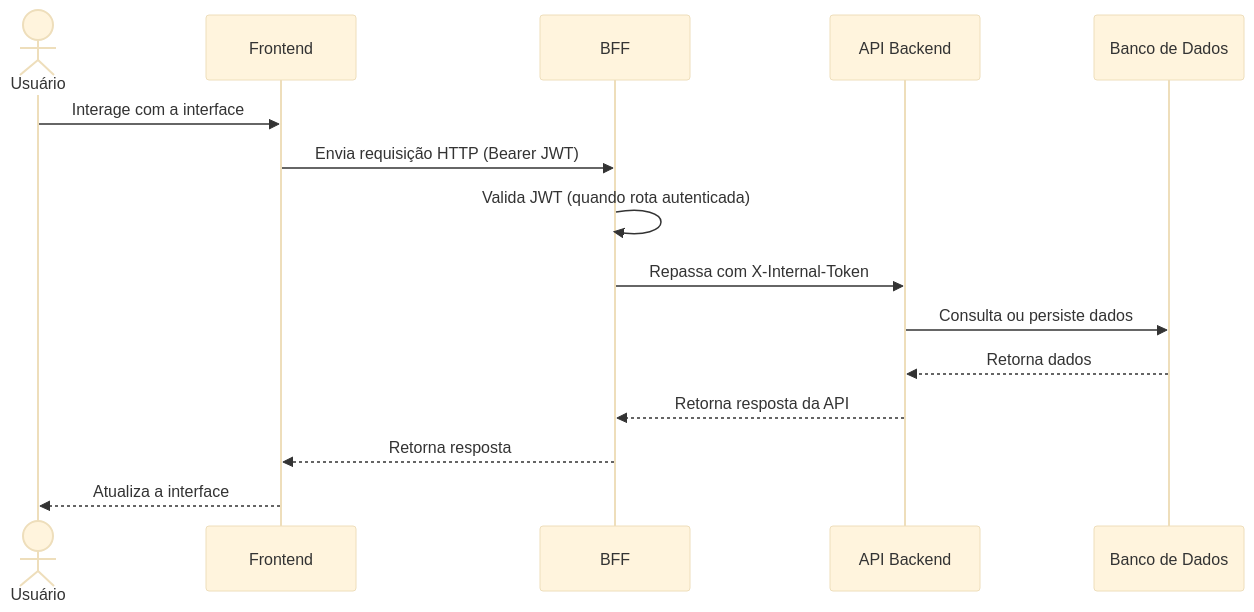
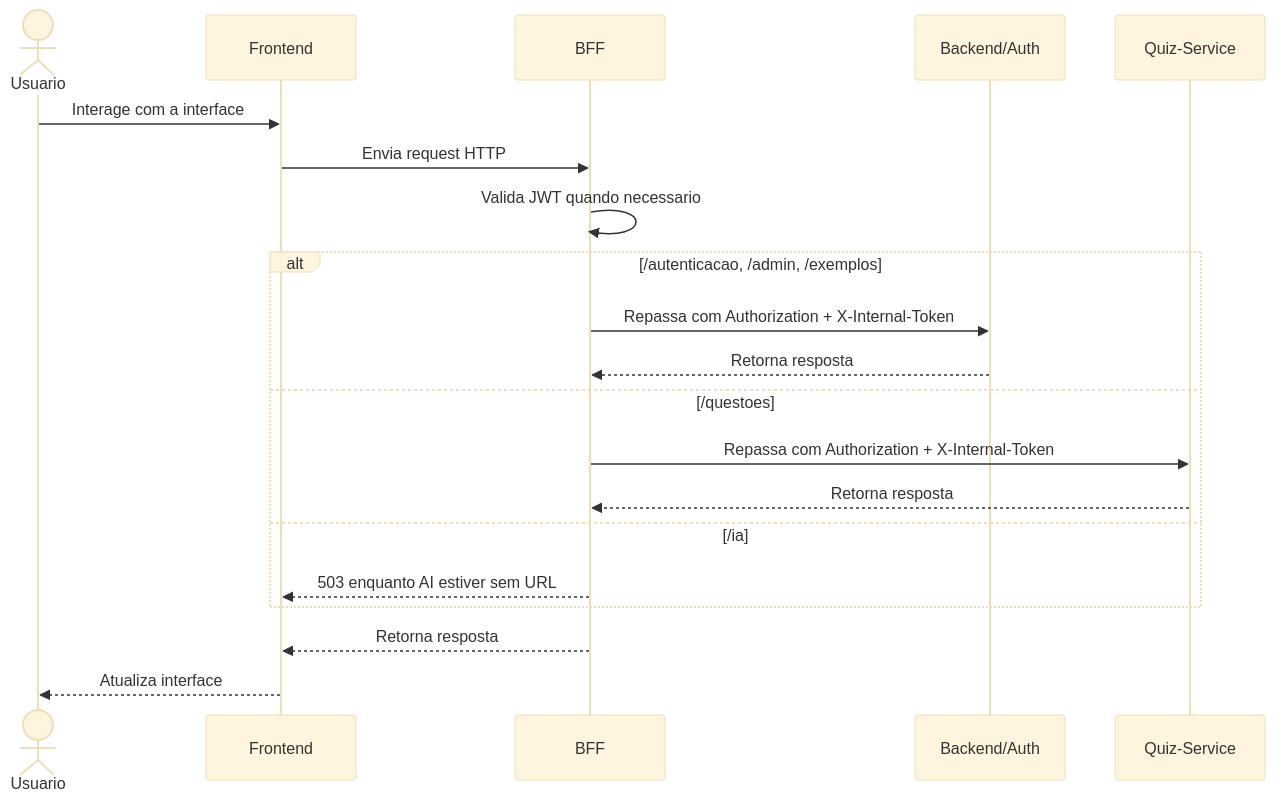
Before and after one commit to fga-eps-mds/2026-1-AnatoQuizUp-Doc: the first of 5 diagrams in docs/arquitetura/visoes/processos.md, drawn with Mermaid (base theme). The commit also changed other lines of this file and 10 other files, not shown here.

Commit message:
docs: atualiza arquitetura para quiz-service

````diff
--- a/docs/arquitetura/visoes/processos.md
+++ b/docs/arquitetura/visoes/processos.md
@@ -11,18 +7,23 @@
 ```mermaid
 sequenceDiagram
-    actor Usuario as Usuário
+    actor Usuario
     participant Frontend
     participant BFF
-    participant Backend as API Backend
-    participant Banco as Banco de Dados
+    participant Auth as Backend/Auth
+    participant Quiz as Quiz-Service
 
     Usuario->>Frontend: Interage com a interface
-    Frontend->>BFF: Envia requisição HTTP (Bearer JWT)
-    BFF->>BFF: Valida JWT (quando rota autenticada)
-    BFF->>Backend: Repassa com X-Internal-Token
-    Backend->>Banco: Consulta ou persiste dados
-    Banco-->>Backend: Retorna dados
-    Backend-->>BFF: Retorna resposta da API
+    Frontend->>BFF: Envia request HTTP
+    BFF->>BFF: Valida JWT quando necessario
+    alt /autenticacao, /admin, /exemplos
+        BFF->>Auth: Repassa com Authorization + X-Internal-Token
+        Auth-->>BFF: Retorna resposta
+    else /questoes
+        BFF->>Quiz: Repassa com Authorization + X-Internal-Token
+        Quiz-->>BFF: Retorna resposta
+    else /ia
+        BFF-->>Frontend: 503 enquanto AI estiver sem URL
+    end
     BFF-->>Frontend: Retorna resposta
-    Frontend-->>Usuario: Atualiza a interface
+    Frontend-->>Usuario: Atualiza interface
 ```
````
